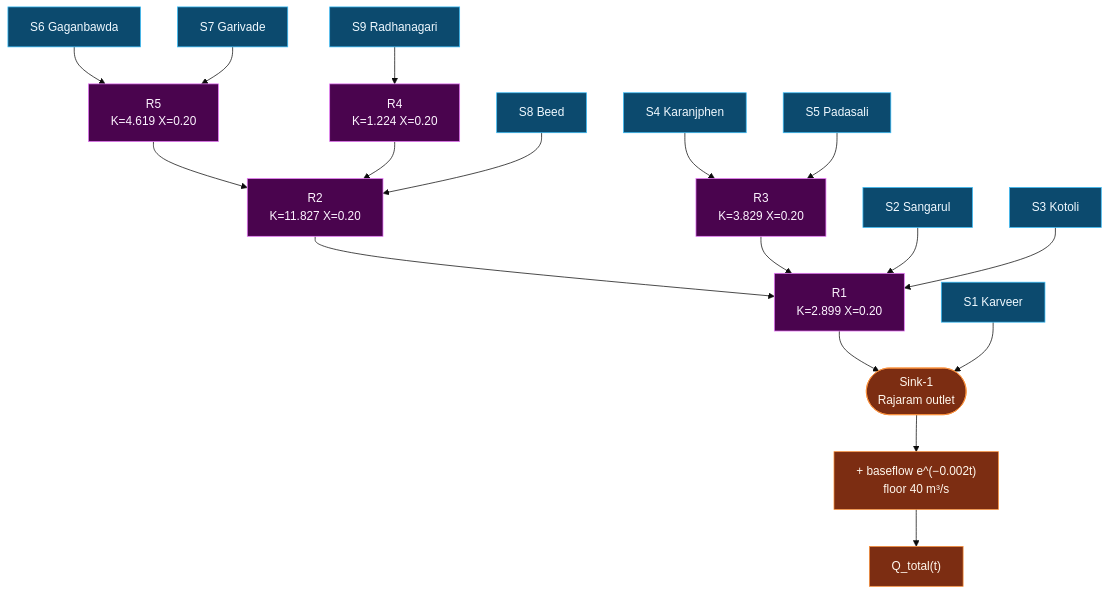
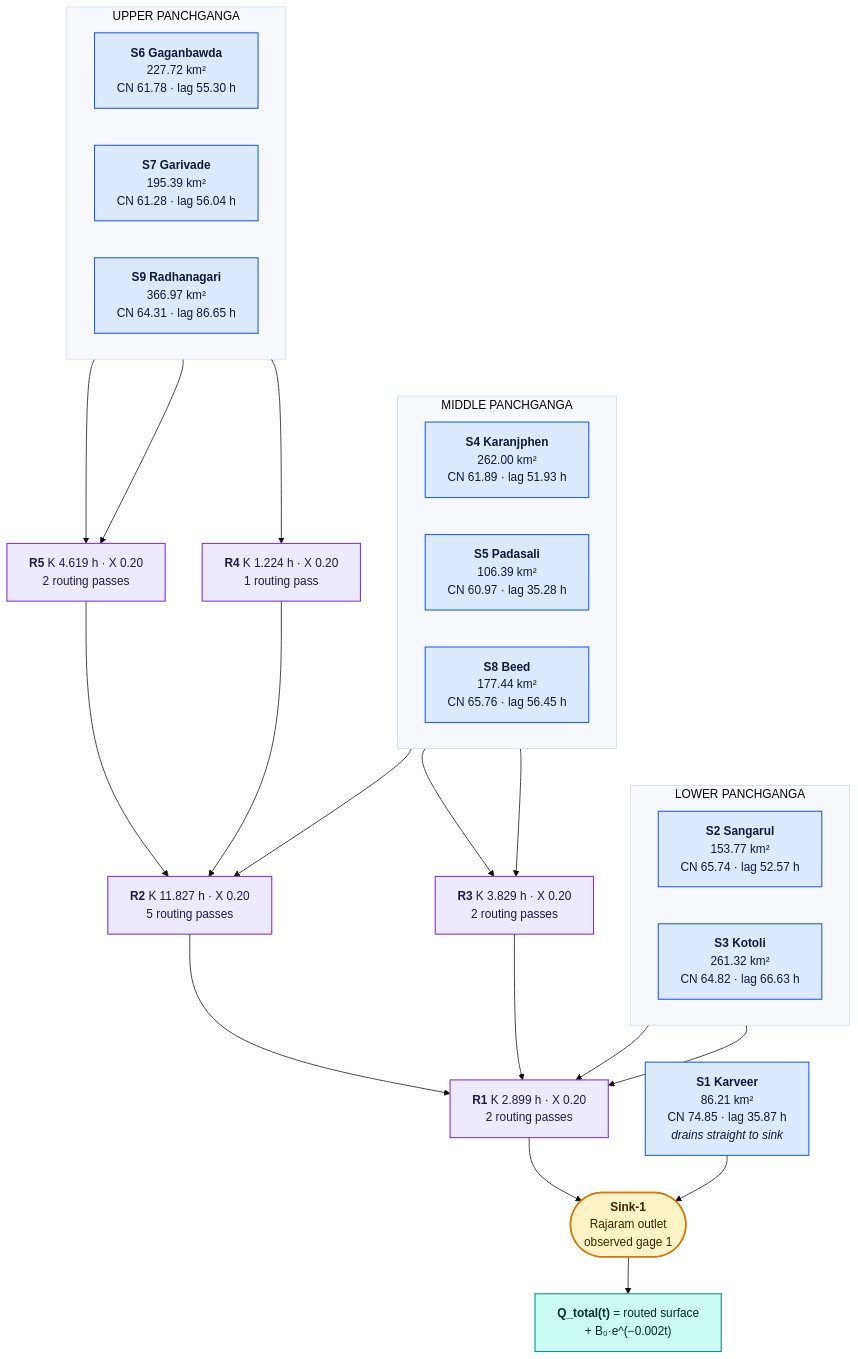
Before and after one commit to satwikcccss-crypto/CCCSS-SUK-Panchganga_Hydrocast: the third of 8 diagrams in docs/architecture-atlas.md, drawn with Mermaid (base theme). The commit also changed other lines of this file and 14 other files, not shown here.

````diff
--- a/docs/architecture-atlas.md
+++ b/docs/architecture-atlas.md
@@ -253,26 +472,61 @@
 ```mermaid
 flowchart TD
-    S6["S6 Gaganbawda"] --> R5["R5<br/>K=4.619 X=0.20"]
-    S7["S7 Garivade"] --> R5
-    S9["S9 Radhanagari"] --> R4["R4<br/>K=1.224 X=0.20"]
-    R5 --> R2["R2<br/>K=11.827 X=0.20"]
+
+    subgraph TOP["UPPER PANCHGANGA"]
+        direction LR
+        S6["<b>S6 Gaganbawda</b><br/>227.72 km²<br/>CN 61.78 · lag 55.30 h"]
+        S7["<b>S7 Garivade</b><br/>195.39 km²<br/>CN 61.28 · lag 56.04 h"]
+        S9["<b>S9 Radhanagari</b><br/>366.97 km²<br/>CN 64.31 · lag 86.65 h"]
+    end
+
+    subgraph MID["MIDDLE PANCHGANGA"]
+        direction LR
+        S4["<b>S4 Karanjphen</b><br/>262.00 km²<br/>CN 61.89 · lag 51.93 h"]
+        S5["<b>S5 Padasali</b><br/>106.39 km²<br/>CN 60.97 · lag 35.28 h"]
+        S8["<b>S8 Beed</b><br/>177.44 km²<br/>CN 65.76 · lag 56.45 h"]
+    end
+
+    subgraph LOW["LOWER PANCHGANGA"]
+        direction LR
+        S2["<b>S2 Sangarul</b><br/>153.77 km²<br/>CN 65.74 · lag 52.57 h"]
+        S3["<b>S3 Kotoli</b><br/>261.32 km²<br/>CN 64.82 · lag 66.63 h"]
+    end
+
+    S1["<b>S1 Karveer</b><br/>86.21 km²<br/>CN 74.85 · lag 35.87 h<br/><i>drains straight to sink</i>"]
+
+    R5["<b>R5</b> K 4.619 h · X 0.20<br/>2 routing passes"]
+    R4["<b>R4</b> K 1.224 h · X 0.20<br/>1 routing pass"]
+    R2["<b>R2</b> K 11.827 h · X 0.20<br/>5 routing passes"]
+    R3["<b>R3</b> K 3.829 h · X 0.20<br/>2 routing passes"]
+    R1["<b>R1</b> K 2.899 h · X 0.20<br/>2 routing passes"]
+
+    S6 --> R5
+    S7 --> R5
+    S9 --> R4
+    S5 --> R3
+    S4 --> R3
+    S8 --> R2
+    R5 --> R2
     R4 --> R2
-    S8["S8 Beed"] --> R2
-    S4["S4 Karanjphen"] --> R3["R3<br/>K=3.829 X=0.20"]
-    S5["S5 Padasali"] --> R3
-    R2 --> R1["R1<br/>K=2.899 X=0.20"]
+    R2 --> R1
     R3 --> R1
-    S2["S2 Sangarul"] --> R1
-    S3["S3 Kotoli"] --> R1
-    R1 --> SINK(["Sink-1<br/>Rajaram outlet"])
-    S1["S1 Karveer"] --> SINK
-    SINK --> BF["+ baseflow e^(−0.002t)<br/>floor 40 m³/s"]
-    BF --> QT["Q_total(t)"]
+    S2 --> R1
+    S3 --> R1
 
-    classDef sub fill:#0c4a6e,stroke:#38bdf8,color:#f0f9ff
-    classDef reach fill:#4a044e,stroke:#e879f9,color:#fdf4ff
-    classDef sink fill:#7c2d12,stroke:#fb923c,color:#fff7ed
+    SINK(["<b>Sink-1</b><br/>Rajaram outlet<br/>observed gage 1"])
+    R1 --> SINK
+    S1 --> SINK
+
+    TOT["<b>Q_total(t)</b> = routed surface<br/>+ B₀·e^(−0.002t)"]
+    SINK --> TOT
+
+    classDef sub   fill:#dbeafe,stroke:#2563eb,stroke-width:1.5px,color:#0c1a3a
+    classDef reach fill:#ede9fe,stroke:#7c3aed,stroke-width:1.5px,color:#1e1b4b
+    classDef sink  fill:#fef3c7,stroke:#d97706,stroke-width:2px,color:#3b2500
+    classDef out   fill:#ccfbf1,stroke:#0d9488,stroke-width:1.5px,color:#04302b
+
     class S1,S2,S3,S4,S5,S6,S7,S8,S9 sub
     class R1,R2,R3,R4,R5 reach
-    class SINK,BF,QT sink
+    class SINK sink
+    class TOT out
 ```
````
